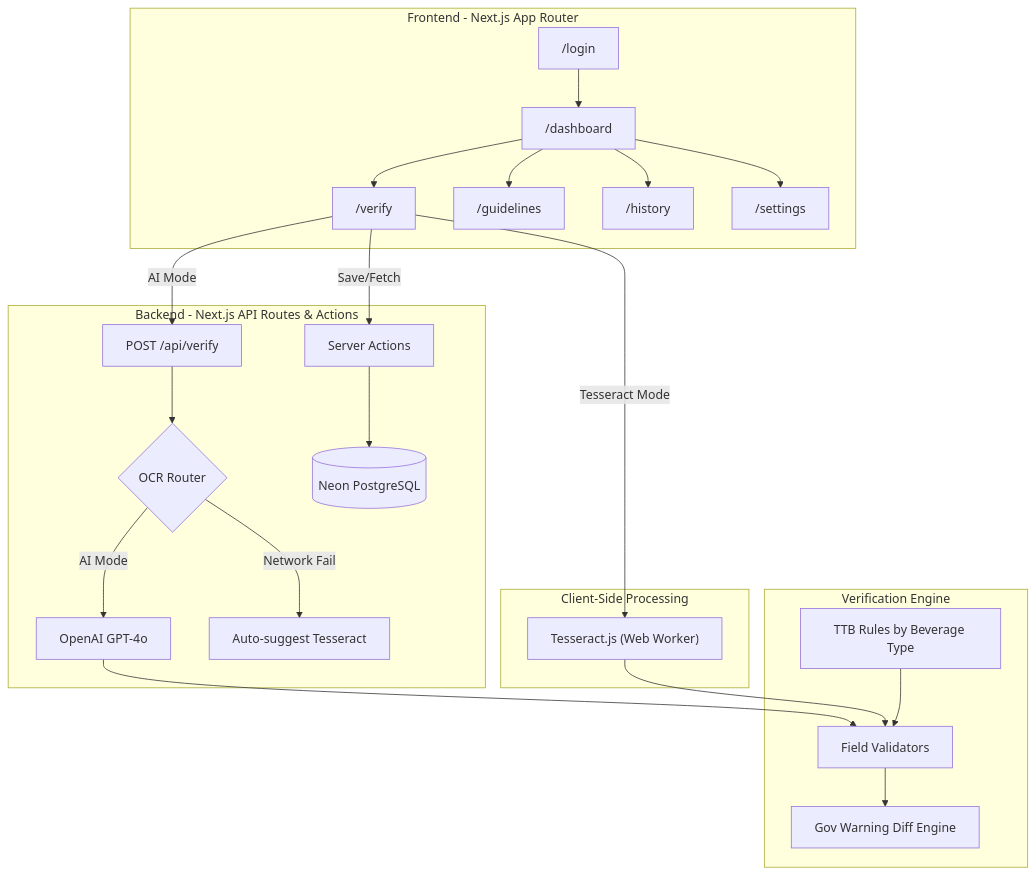
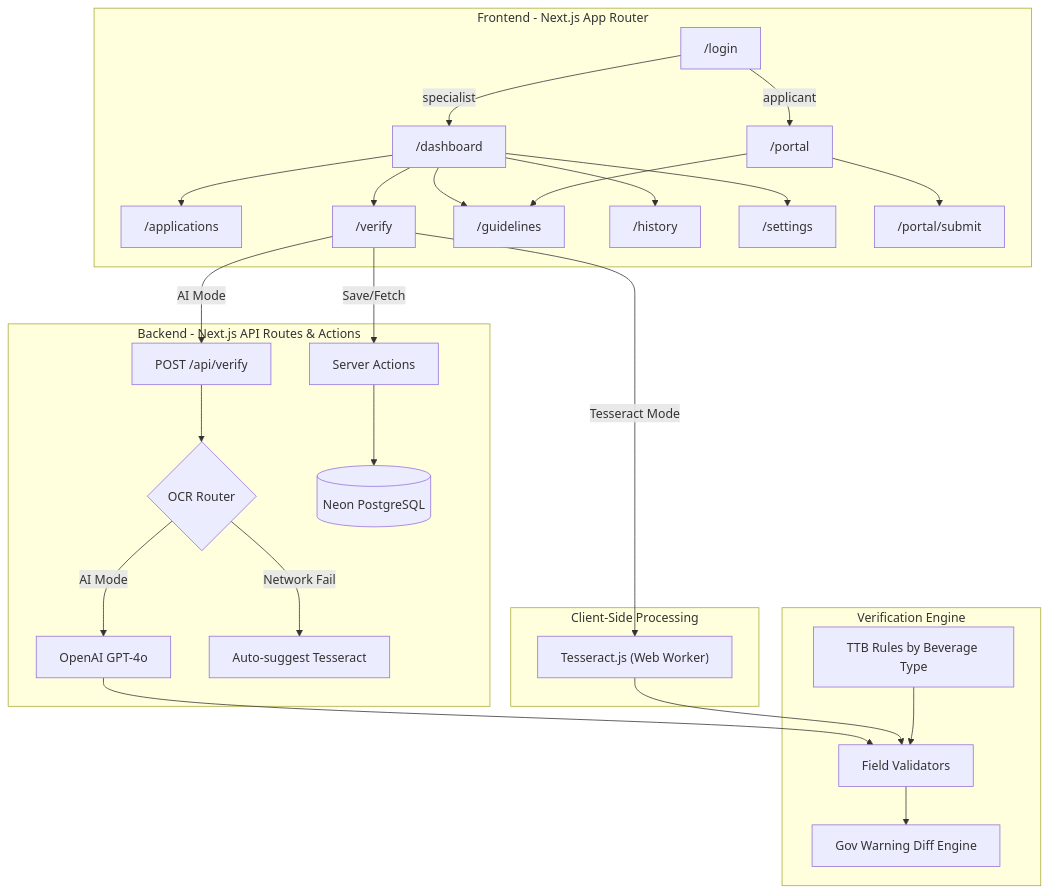
Before and after one commit to liemdo/ttb-label-verify: the diagram in docs/architecture.md, drawn with Mermaid. The commit also changed other lines of this file, not shown here.

Commit message:
docs: document the specialist and applicant roles

````diff
--- a/docs/architecture.md
+++ b/docs/architecture.md
@@ -7,35 +7,39 @@
 ```mermaid
 graph TB
     subgraph "Frontend - Next.js App Router"
-        LOGIN["/login"] --> DASH["/dashboard"]
+        LOGIN["/login"] -->|specialist| DASH["/dashboard"]
+        LOGIN -->|applicant| PORTAL["/portal"]
+        DASH --> APPS["/applications"]
         DASH --> VERIFY["/verify"]
         DASH --> GUIDE["/guidelines"]
         DASH --> HIST["/history"]
         DASH --> SETT["/settings"]
+        PORTAL --> SUBMIT["/portal/submit"]
+        PORTAL --> GUIDE
     end
 
     subgraph "Backend - Next.js API Routes & Actions"
         API["POST /api/verify"] --> ROUTER{"OCR Router"}
         ROUTER -->|AI Mode| OPENAI["OpenAI GPT-4o"]
         ROUTER -->|Network Fail| FALLBACK["Auto-suggest Tesseract"]
         ACTIONS["Server Actions"] --> DB[(Neon PostgreSQL)]
     end
 
     subgraph "Client-Side Processing"
         TESS["Tesseract.js (Web Worker)"]
     end
 
     subgraph "Verification Engine"
         VALID["Field Validators"]
         DIFF["Gov Warning Diff Engine"]
         TTB["TTB Rules by Beverage Type"]
     end
 
     VERIFY -->|AI Mode| API
     VERIFY -->|Tesseract Mode| TESS
     VERIFY -->|Save/Fetch| ACTIONS
     OPENAI --> VALID
     TESS --> VALID
     VALID --> DIFF
     TTB --> VALID
 ```
````
